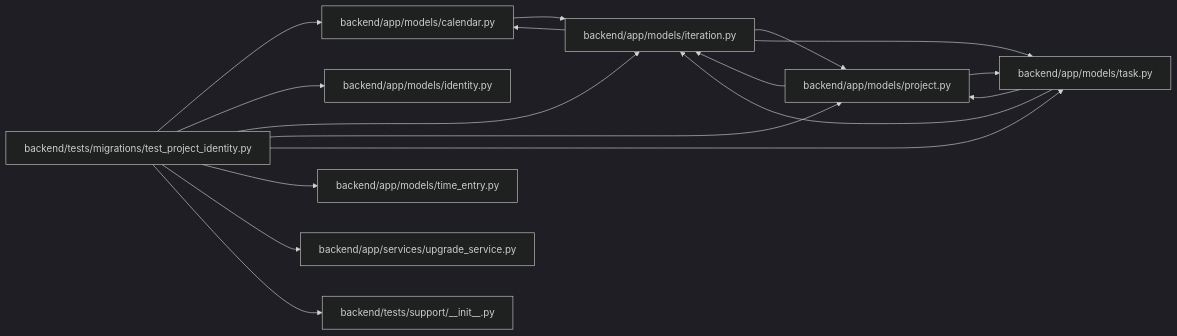
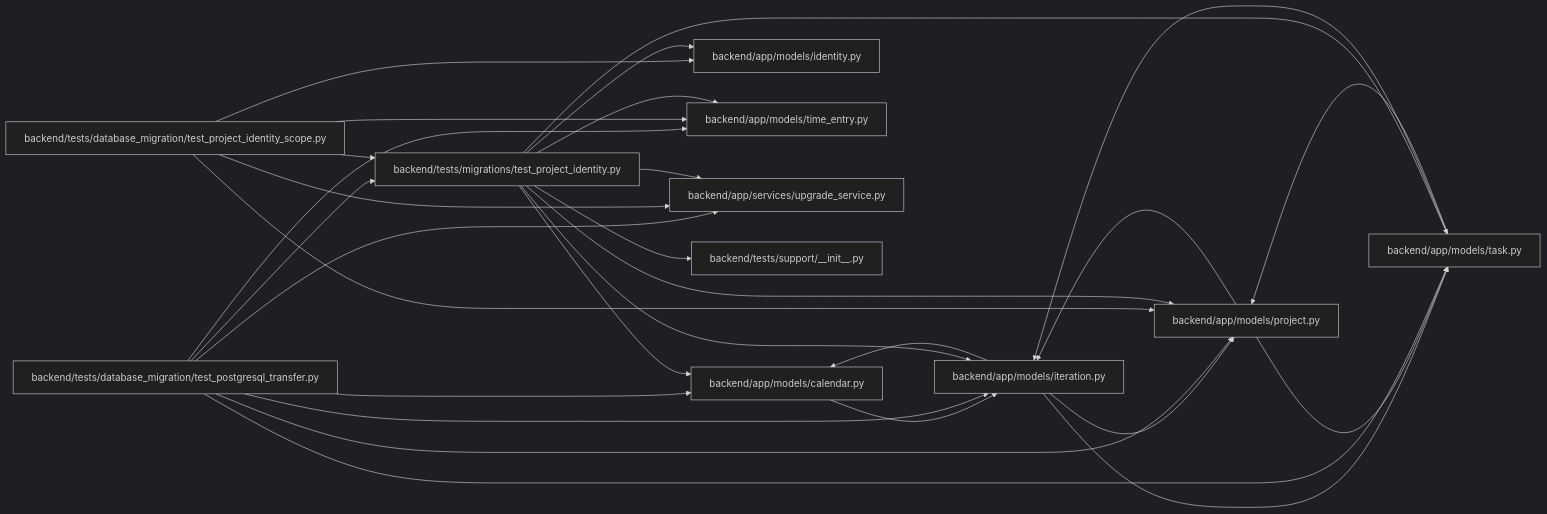
Before and after one commit to Denissvgn/WorkChord: the diagram in docs/llm_wiki/modules/test_project_identity.md, drawn with Mermaid (dark theme). The commit also changed other lines of this file and 305 other files, not shown here.

Commit message:
docs(wiki): document retained scope and verified transfer floors

````diff
--- a/docs/llm_wiki/modules/test_project_identity.md
+++ b/docs/llm_wiki/modules/test_project_identity.md
@@ -32,37 +32,53 @@
 ```mermaid
 flowchart LR
     n0["backend/app/models/calendar.py"]
     n1["backend/app/models/identity.py"]
     n2["backend/app/models/iteration.py"]
     n3["backend/app/models/project.py"]
     n4["backend/app/models/task.py"]
     n5["backend/app/models/time_entry.py"]
     n6["backend/app/services/upgrade_service.py"]
-    n7["backend/tests/migrations/test_project_identity.py"]
-    n8["backend/tests/support/__init__.py"]
+    n7["backend/tests/database_migration/test_postgresql_transfer.py"]
+    n8["backend/tests/database_migration/test_project_identity_scope.py"]
+    n9["backend/tests/migrations/test_project_identity.py"]
+    n10["backend/tests/support/__init__.py"]
     n0 --> n2
     n2 --> n0
     n2 --> n3
     n2 --> n4
     n3 --> n2
     n3 --> n4
     n4 --> n2
     n4 --> n3
     n7 --> n0
-    n7 --> n1
     n7 --> n2
     n7 --> n3
     n7 --> n4
     n7 --> n5
     n7 --> n6
-    n7 --> n8
+    n7 --> n9
+    n8 --> n1
+    n8 --> n3
+    n8 --> n5
+    n8 --> n6
+    n8 --> n9
+    n9 --> n0
+    n9 --> n1
+    n9 --> n2
+    n9 --> n3
+    n9 --> n4
+    n9 --> n5
+    n9 --> n6
+    n9 --> n10
     click n0 "../modules/models_calendar.md"
     click n1 "../modules/models_identity.md"
     click n2 "../modules/models_iteration.md"
     click n3 "../modules/models_project.md"
     click n4 "../modules/models_task.md"
     click n5 "../modules/models_time_entry.md"
     click n6 "../modules/upgrade_service.md"
-    click n7 "../modules/test_project_identity.md"
-    click n8 "../modules/support___init__.md"
+    click n7 "../modules/test_postgresql_transfer.md"
+    click n8 "../modules/test_project_identity_scope.md"
+    click n9 "../modules/test_project_identity.md"
+    click n10 "../modules/support___init__.md"
 ```
````
